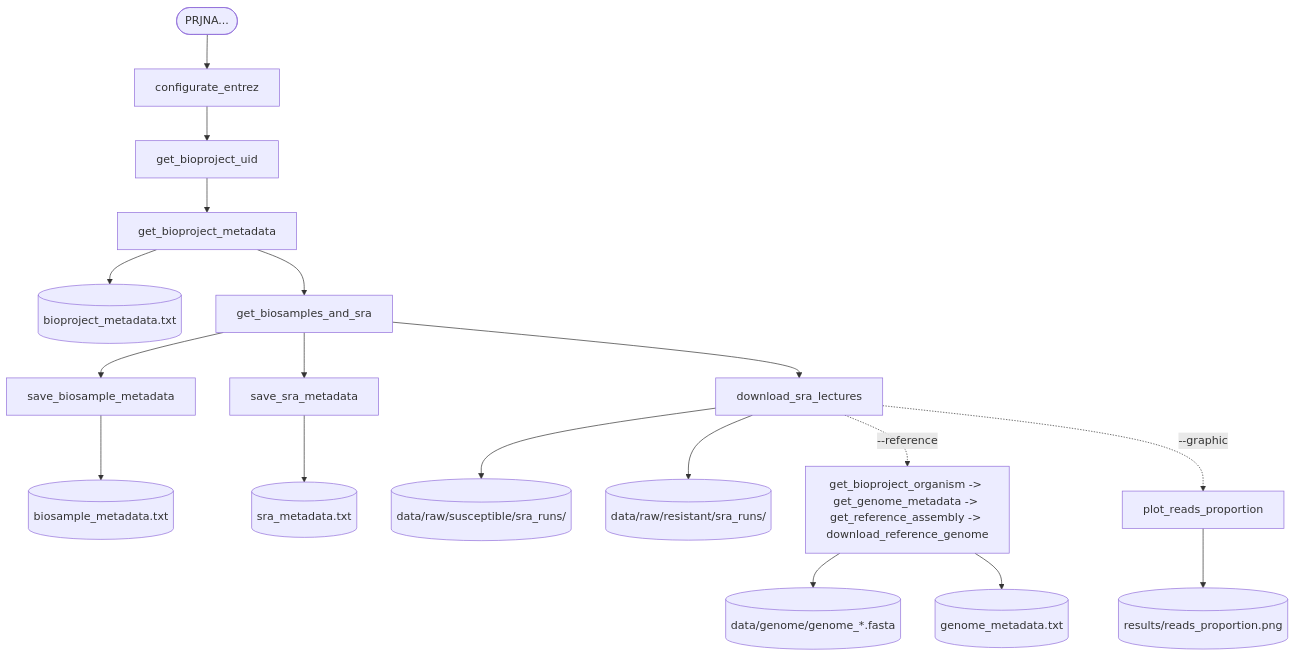
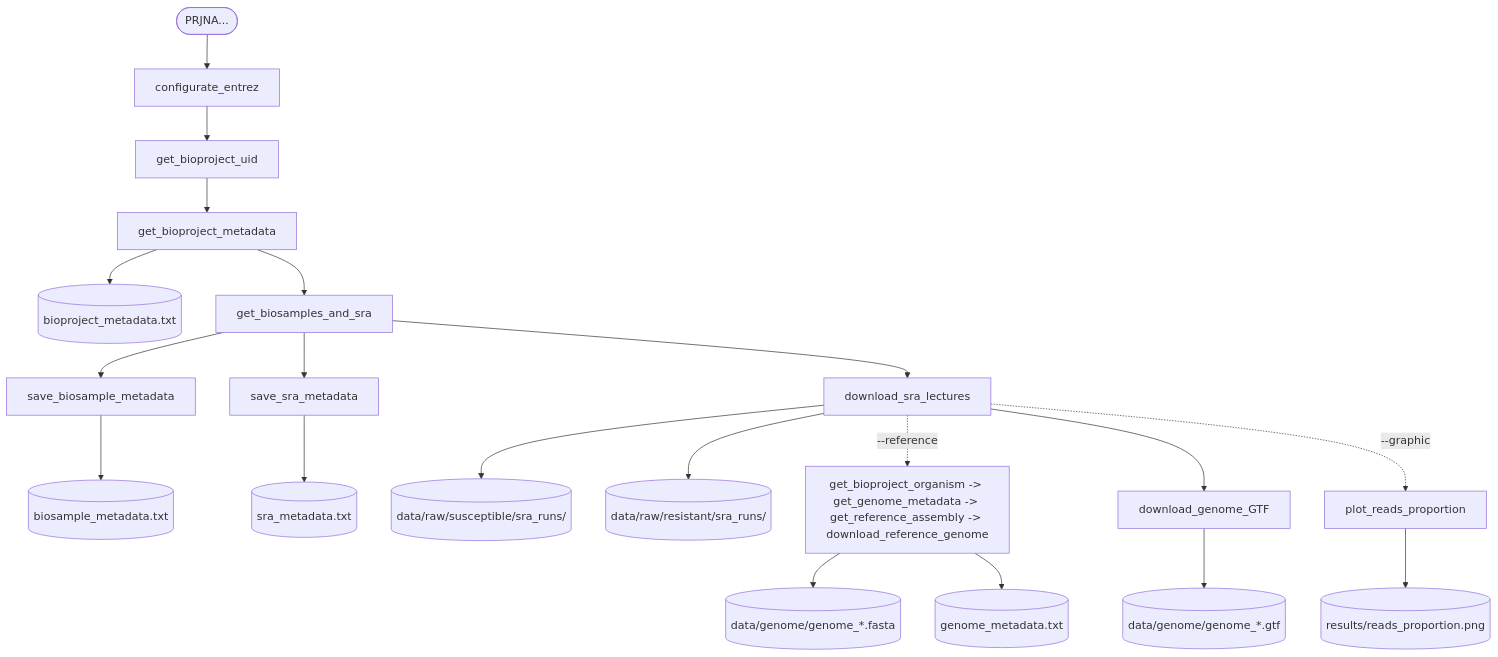
One commit to DiegoLedesma09/analisis_expresion_malaria changed the diagram in docs/download_data.md. Above: the diagram before and after it, drawn with Mermaid. The commit also changed other lines of this file and 1 other file, not shown here.

Commit message:
docs: addition of context regarding download_genome_GTF in download_data.md

````diff
--- a/docs/download_data.md
+++ b/docs/download_data.md
@@ -49,16 +51,17 @@
 ```mermaid
 flowchart TD
     A([PRJNA...]) --> B[configurate_entrez]
     B --> C[get_bioproject_uid]
     C --> D[get_bioproject_metadata] --> D1[(bioproject_metadata.txt)]
     D --> E[get_biosamples_and_sra]
     E --> E1[save_biosample_metadata] --> E2[(biosample_metadata.txt)]
     E --> E3[save_sra_metadata] --> E4[(sra_metadata.txt)]
     E --> F[download_sra_lectures]
     F --> F1[(data/raw/susceptible/sra_runs/)]
     F --> F2[(data/raw/resistant/sra_runs/)]
     F -.->|--reference| G[ get_bioproject_organism -> get_genome_metadata -> get_reference_assembly -> download_reference_genome]
     G --> G1[(data/genome/genome_*.fasta)]
     G --> G2[(genome_metadata.txt)]
+    F --> I[download_genome_GTF] --> I1[(data/genome/genome_*.gtf)]
     F -.->|--graphic| H[plot_reads_proportion] --> H1[(results/reads_proportion.png)]
 ```
````
